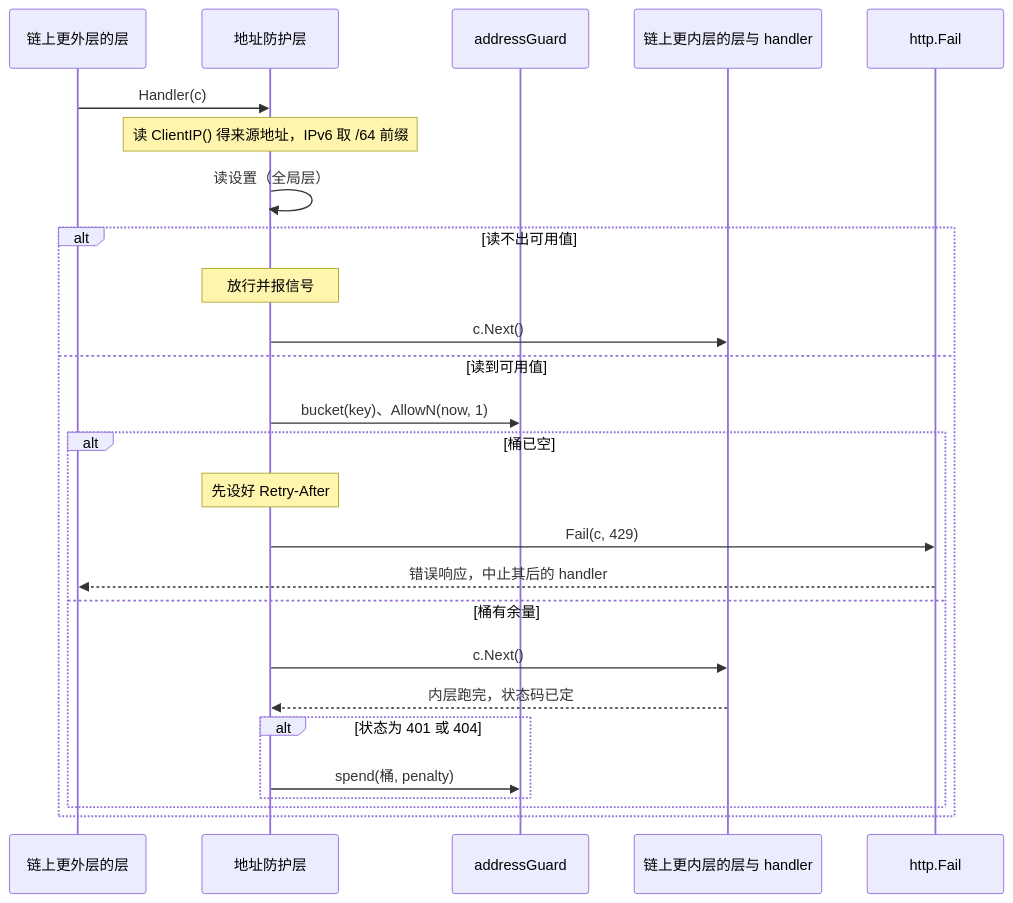
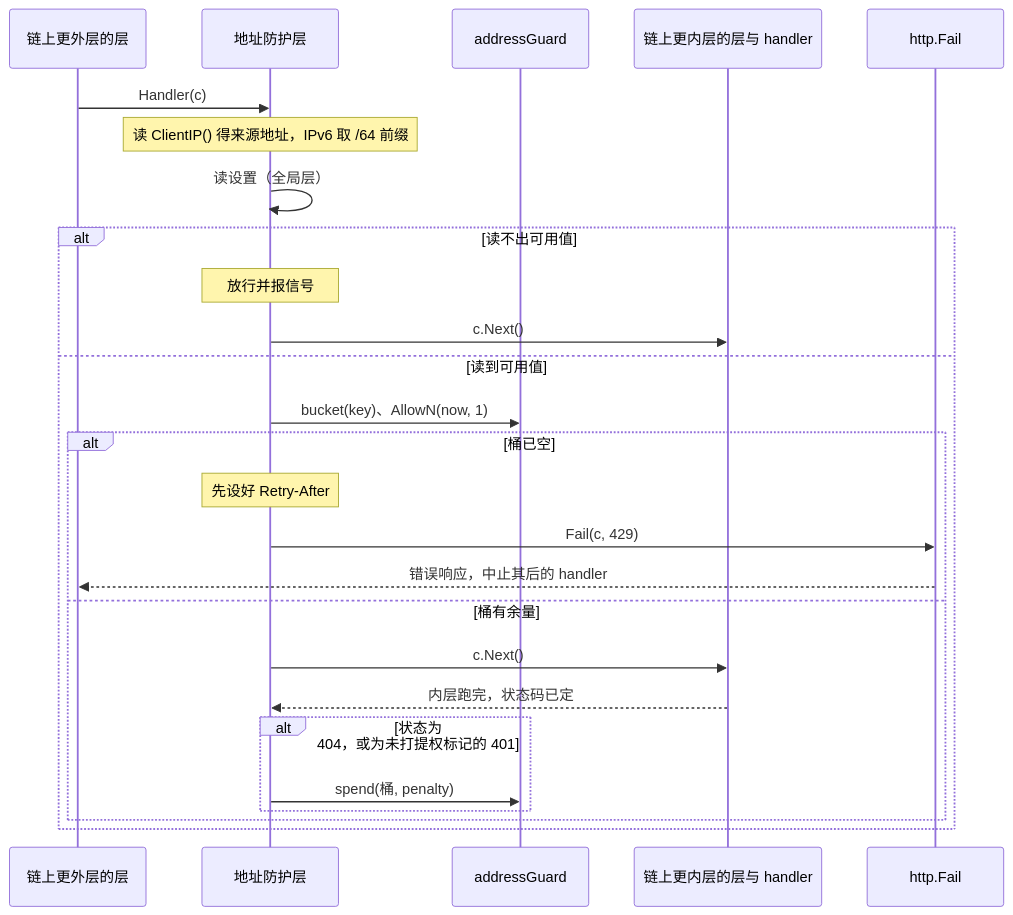
One commit to wangzw/speed changed the second of 2 diagrams in docs/design/modules/design-ratelimit.md. Above: the diagram before and after it, drawn with Mermaid. The commit also changed other lines of this file and 9 other files, not shown here.

````diff
--- a/docs/design/modules/design-ratelimit.md
+++ b/docs/design/modules/design-ratelimit.md
@@ -216,29 +219,29 @@
 ```mermaid
 sequenceDiagram
     participant O as 链上更外层的层
     participant S as 地址防护层
     participant G as addressGuard
     participant N as 链上更内层的层与 handler
     participant F as http.Fail
 
     O->>S: Handler(c)
     Note over S: 读 ClientIP() 得来源地址，IPv6 取 /64 前缀
     S->>S: 读设置（全局层）
     alt 读不出可用值
         Note over S: 放行并报信号
         S->>N: c.Next()
     else 读到可用值
         S->>G: bucket(key)、AllowN(now, 1)
         alt 桶已空
             Note over S: 先设好 Retry-After
             S->>F: Fail(c, 429)
             F-->>O: 错误响应，中止其后的 handler
         else 桶有余量
             S->>N: c.Next()
             N-->>S: 内层跑完，状态码已定
-            alt 状态为 401 或 404
+            alt 状态为 404，或为未打提权标记的 401
                 S->>G: spend(桶, penalty)
             end
         end
     end
 ```
````
